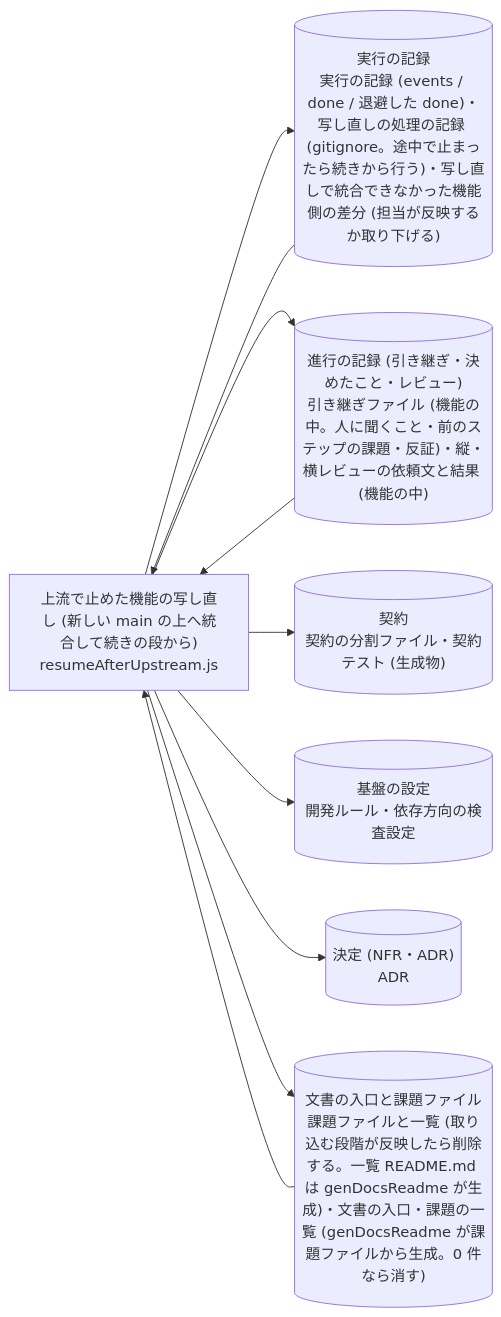
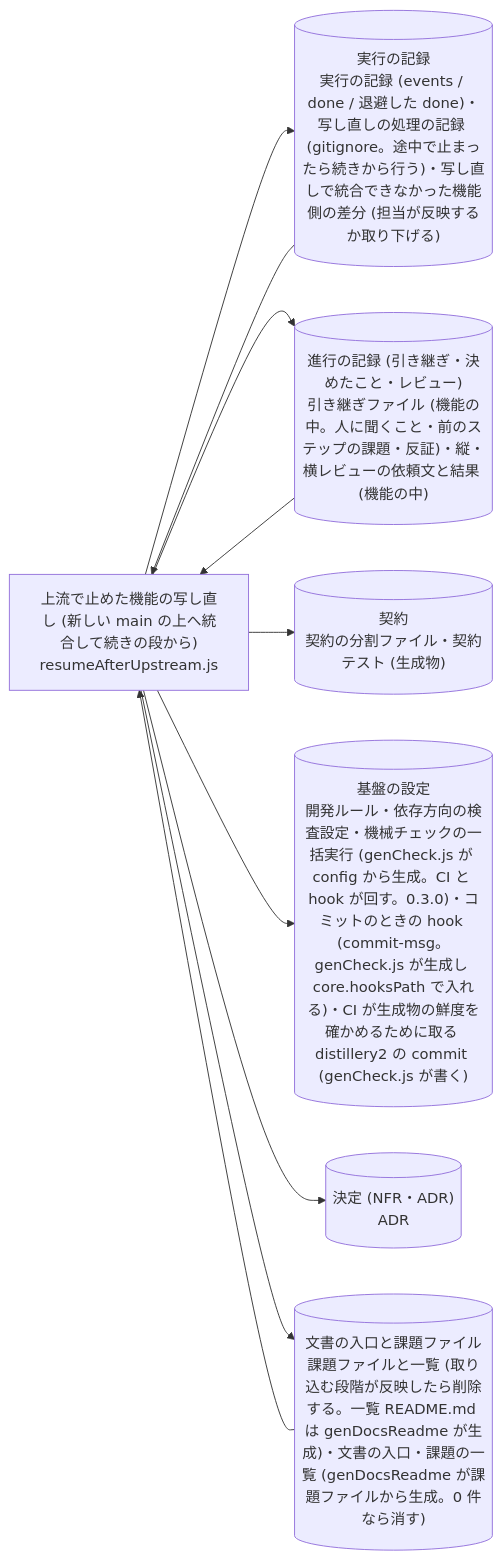
Diagram 53 of 53 in plugins/distillery2/skills/d2-common/references/dataflow.md (suwa-sh/suwa-sh-claude-plugins), drawn with Mermaid before and after one commit. The commit also changed other lines of this file and 35 other files, not shown here.

````diff
--- a/plugins/distillery2/skills/d2-common/references/dataflow.md
+++ b/plugins/distillery2/skills/d2-common/references/dataflow.md
@@ -1272,19 +1272,19 @@
 ```mermaid
 flowchart LR
   p_run_resume["上流で止めた機能の写し直し (新しい main の上へ統合して続きの段から)<br/>resumeAfterUpstream.js"]
   g_run[("実行の記録<br/>実行の記録 (events / done / 退避した done)・写し直しの処理の記録 (gitignore。途中で止まったら続きから行う)・写し直しで統合できなかった機能側の差分 (担当が反映するか取り下げる)")]
   g_docs[("文書の入口と課題ファイル<br/>課題ファイルと一覧 (取り込む段階が反映したら削除する。一覧 README.md は genDocsReadme が生成)・文書の入口・課題の一覧 (genDocsReadme が課題ファイルから生成。0 件なら消す)")]
   g_records[("進行の記録 (引き継ぎ・決めたこと・レビュー)<br/>引き継ぎファイル (機能の中。人に聞くこと・前のステップの課題・反証)・縦・横レビューの依頼文と結果 (機能の中)")]
   g_contracts[("契約<br/>契約の分割ファイル・契約テスト (生成物)")]
-  g_settings[("基盤の設定<br/>開発ルール・依存方向の検査設定")]
+  g_settings[("基盤の設定<br/>開発ルール・依存方向の検査設定・機械チェックの一括実行 (genCheck.js が config から生成。CI と hook が回す。0.3.0)・コミットのときの hook (commit-msg。genCheck.js が生成し core.hooksPath で入れる)・CI が生成物の鮮度を確かめるために取る distillery2 の commit (genCheck.js が書く)")]
   g_decisions[("決定 (NFR・ADR)<br/>ADR")]
   g_run --> p_run_resume
   g_docs --> p_run_resume
   g_records --> p_run_resume
   p_run_resume --> g_run
   p_run_resume --> g_records
   p_run_resume --> g_contracts
   p_run_resume --> g_settings
   p_run_resume --> g_decisions
   p_run_resume --> g_docs
 ```
````
